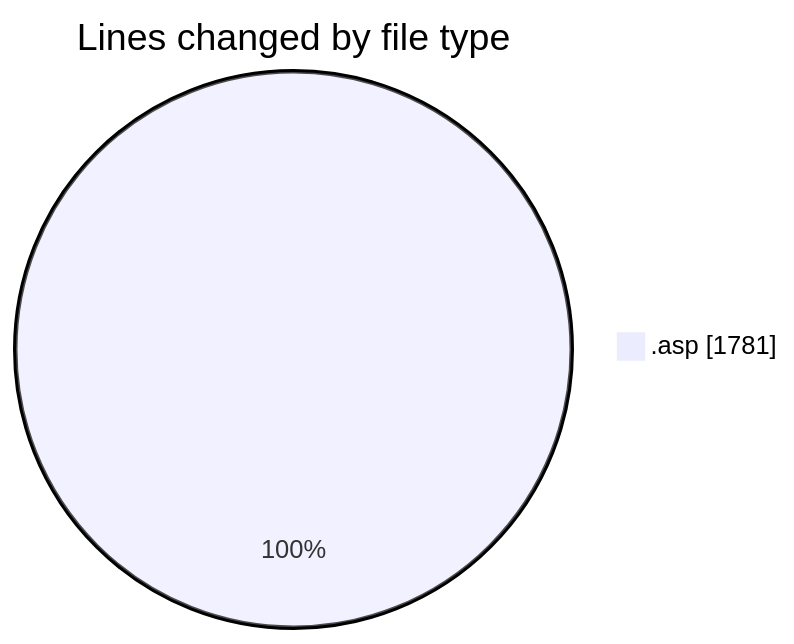
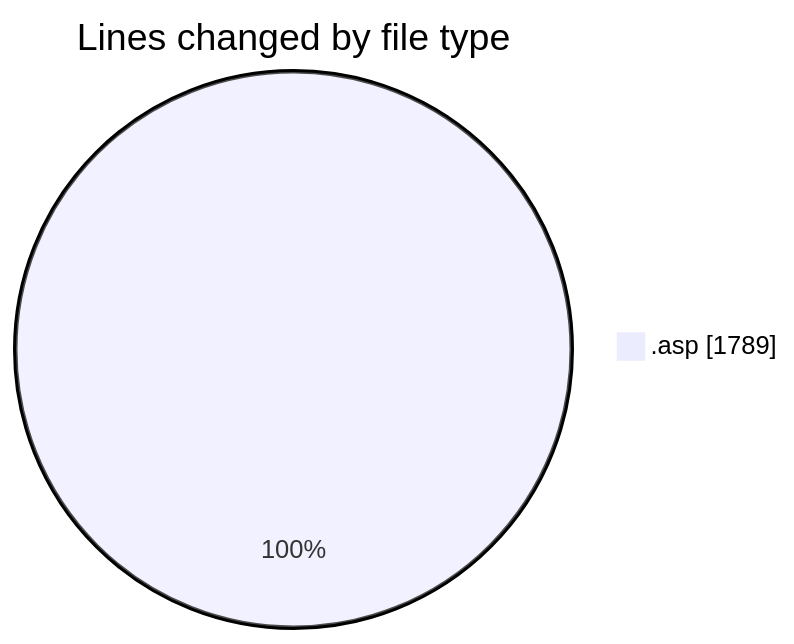
Before and after one commit to julien-gomy/code-tracking: the first of 2 diagrams in 2025-10-14/usr_aleoudev_fr__workspace_/README.md, drawn with Mermaid. The commit also changed other lines of this file and 1 other file, not shown here.

````diff
--- a/2025-10-14/usr_aleoudev_fr__workspace_/README.md
+++ b/2025-10-14/usr_aleoudev_fr__workspace_/README.md
@@ -20,5 +20,5 @@
 ```mermaid
 pie showData
 title Lines changed by file type
-".asp" : 1781
+".asp" : 1789
 ```
````
